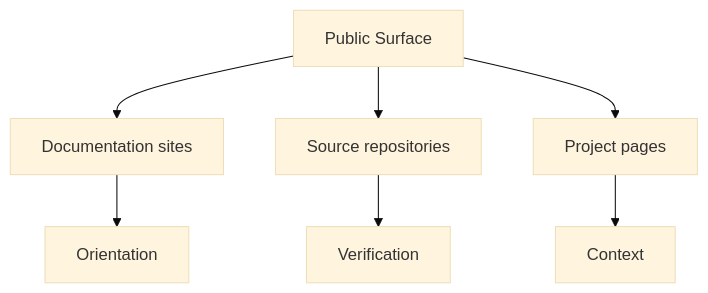
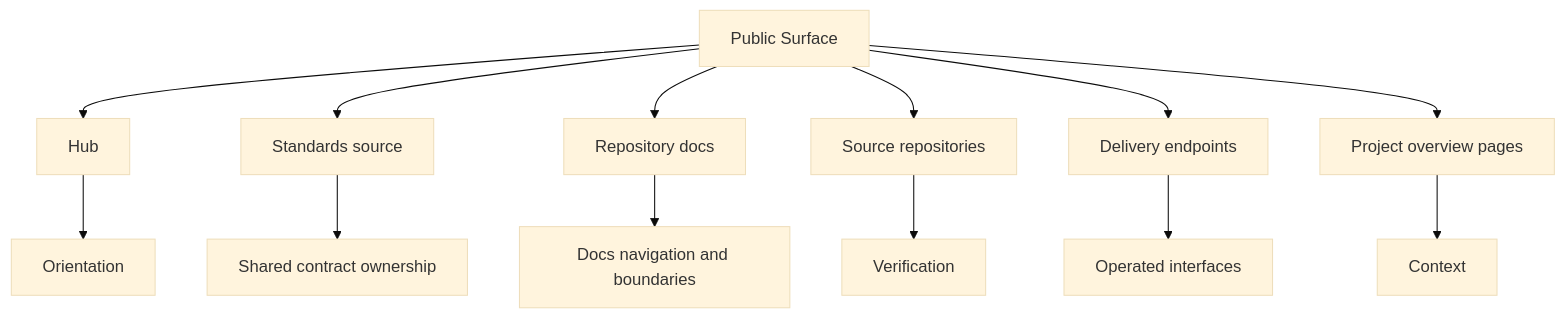
One commit to bijux/bijux.github.io changed the diagram in docs/platform/public-surface.md. Above: the diagram before and after it, drawn with Mermaid (base theme). The commit also changed other lines of this file, not shown here.

Commit message:
docs(public-surface): promote standards source and clarify surface classification

````diff
--- a/docs/platform/public-surface.md
+++ b/docs/platform/public-surface.md
@@ -19,10 +23,16 @@
 ```mermaid
 graph TD
-    surface["Public Surface"] --> docs["Documentation sites"]
+    surface["Public Surface"] --> hub["Hub"]
+    surface --> standards["Standards source"]
+    surface --> docs["Repository docs"]
     surface --> source["Source repositories"]
-    surface --> projects["Project pages"]
+    surface --> delivery["Delivery endpoints"]
+    surface --> projects["Project overview pages"]
 
-    docs --> orientation["Orientation"]
+    hub --> orientation["Orientation"]
+    standards --> contracts["Shared contract ownership"]
+    docs --> handbooks["Docs navigation and boundaries"]
     source --> verification["Verification"]
+    delivery --> operated["Operated interfaces"]
     projects --> context["Context"]
 ```
````
